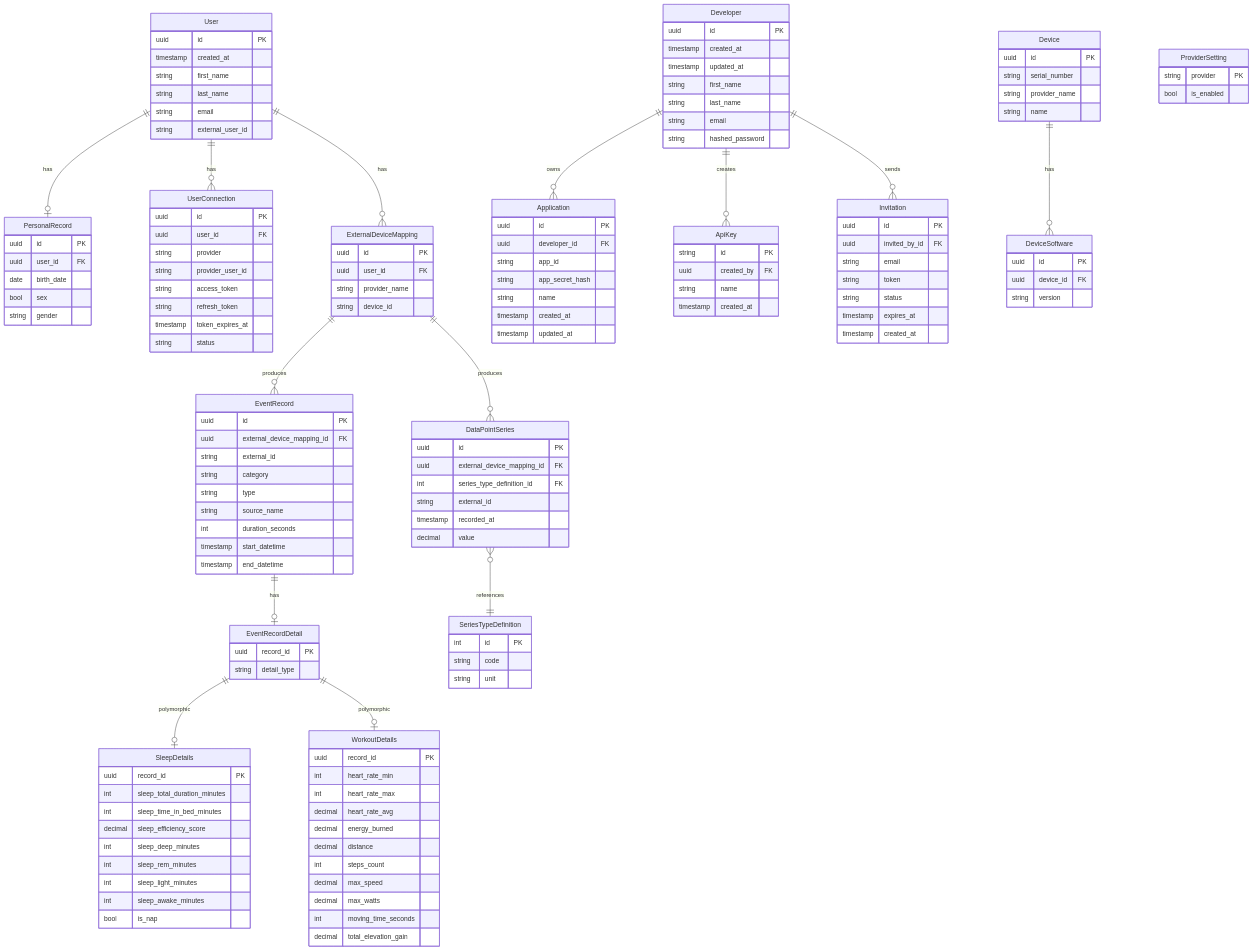
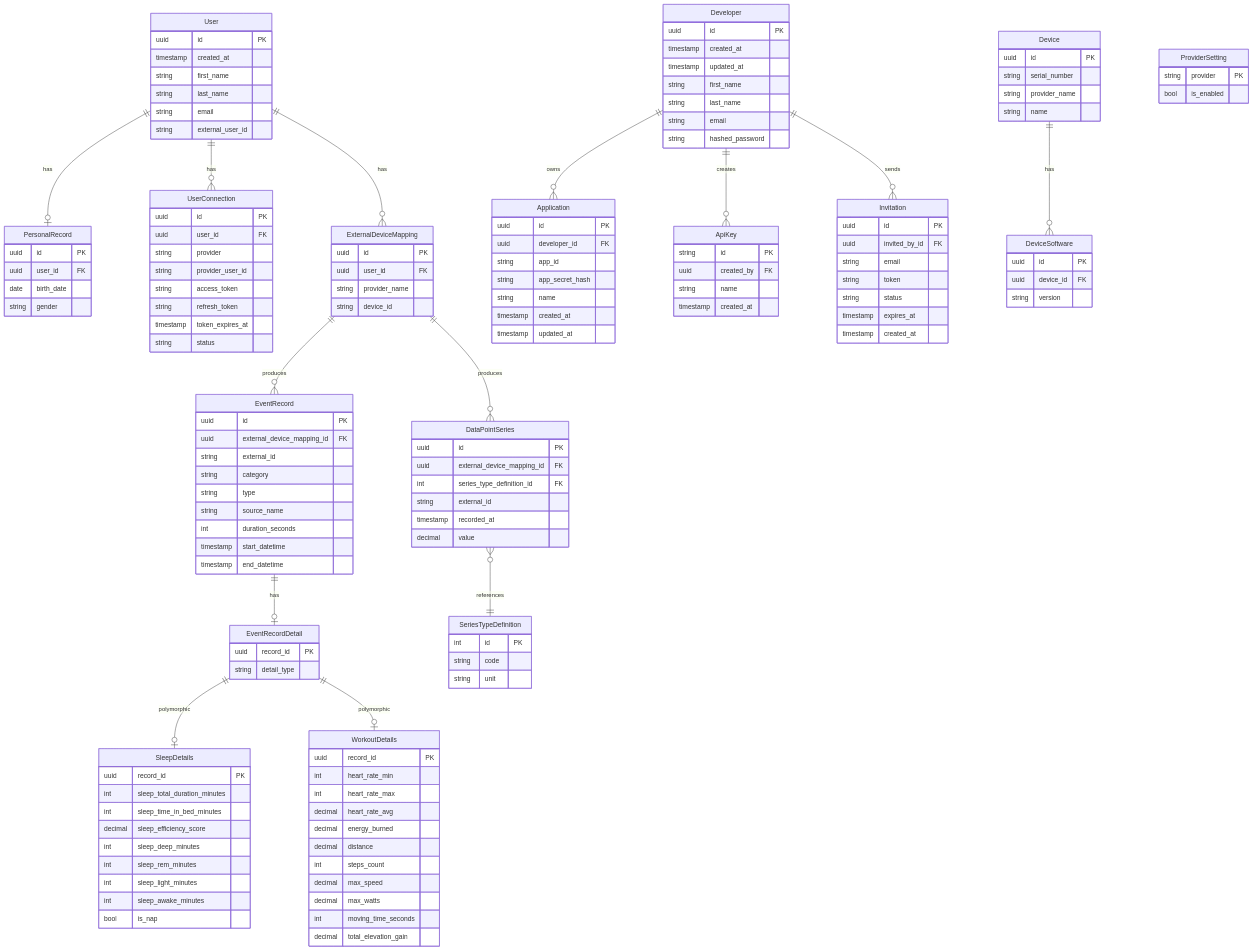
One commit to healthkowshik/open-wearables changed the diagram in docs/architecture/unified-data-model.mdx. Above: the diagram before and after it, drawn with Mermaid. The commit also changed other lines of this file and 2 other files, not shown here.

Commit message:
refactor(personal_record): remove unused 'sex' column and update documentation

```diff
--- a/docs/architecture/unified-data-model.mdx
+++ b/docs/architecture/unified-data-model.mdx
@@ -77,7 +77,6 @@
         uuid id PK
         uuid user_id FK
         date birth_date
-        bool sex
         string gender
     }
     
```
